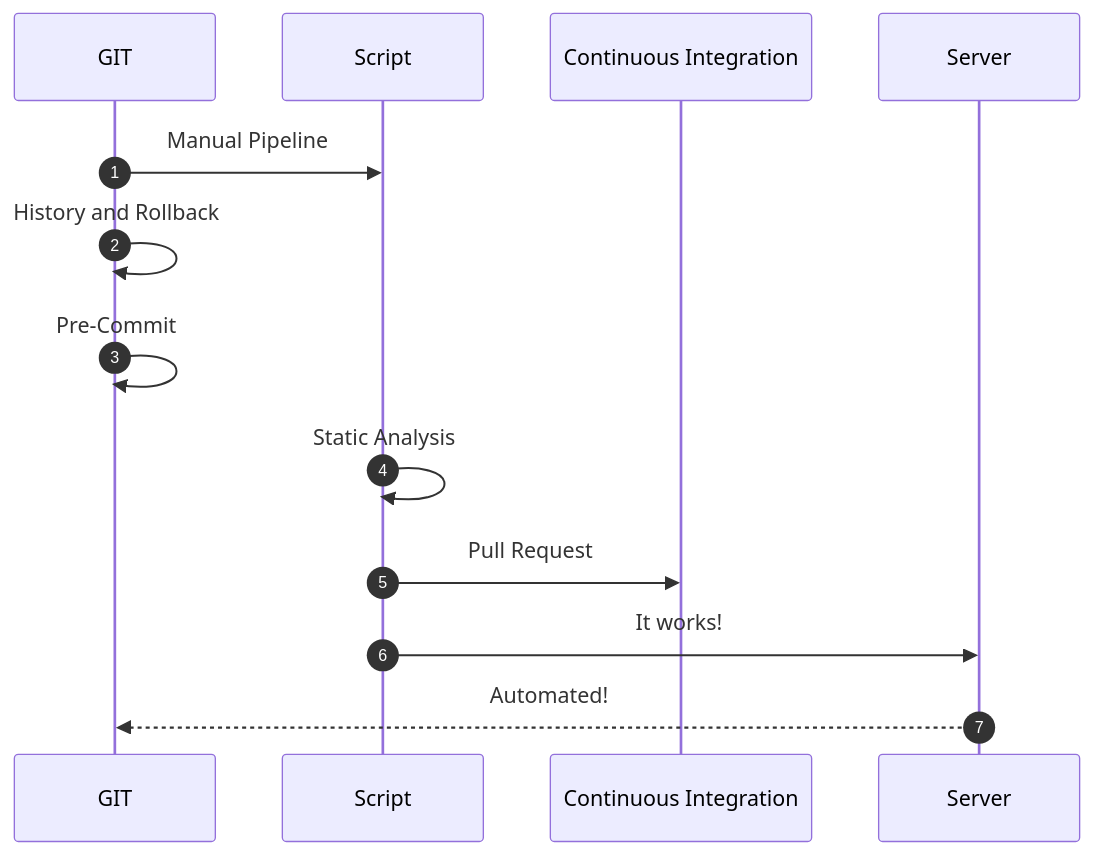
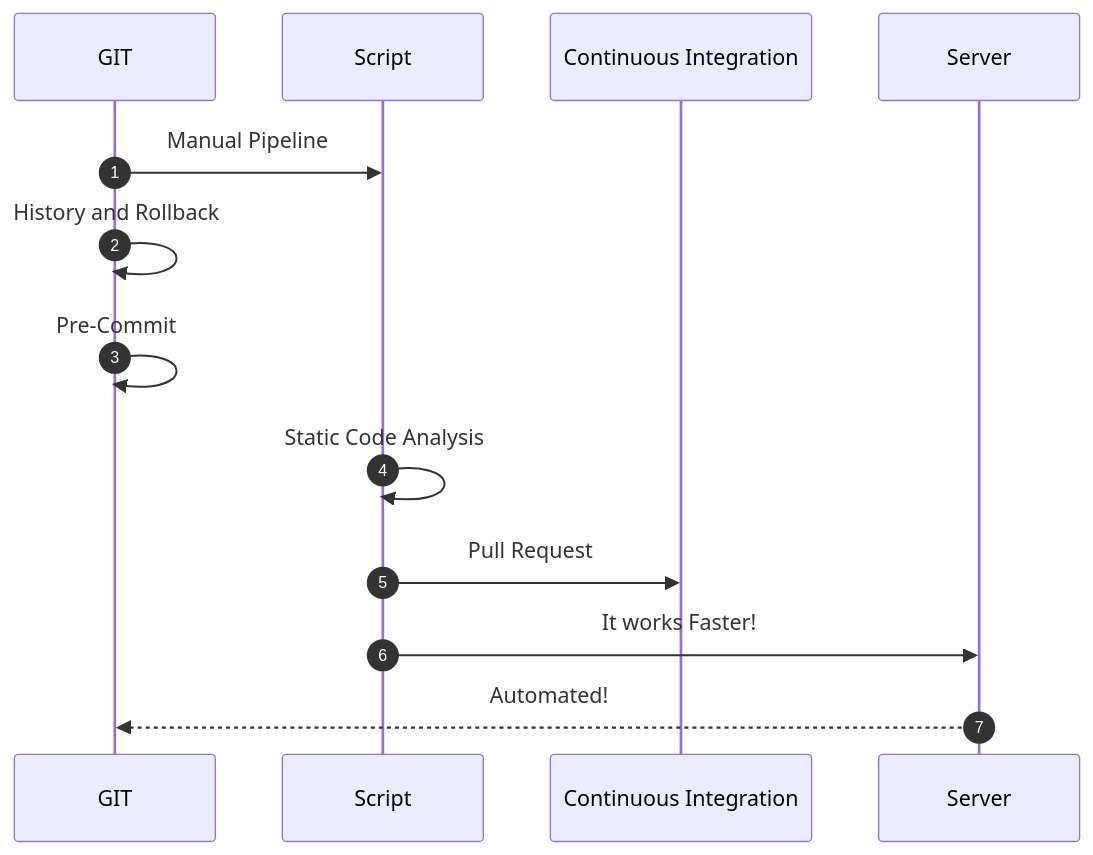
Before and after one commit to imjoseangel/sandbox: the fourth of 5 diagrams in doc/automation.md, drawn with Mermaid. The commit also changed other lines of this file, not shown here.

````diff
--- a/doc/automation.md
+++ b/doc/automation.md
@@ -91,11 +91,11 @@
 ```mermaid
 sequenceDiagram
     autonumber
     GIT->>Script: Manual Pipeline
     GIT->>GIT: History and Rollback
     GIT->>GIT: Pre-Commit
-    Script->>Script: Static Analysis
+    Script->>Script: Static Code Analysis
     Script->>Continuous Integration: Pull Request
-    Script->>Server: It works!
+    Script->>Server: It works Faster!
     Server-->>GIT: Automated!
 ```
````
